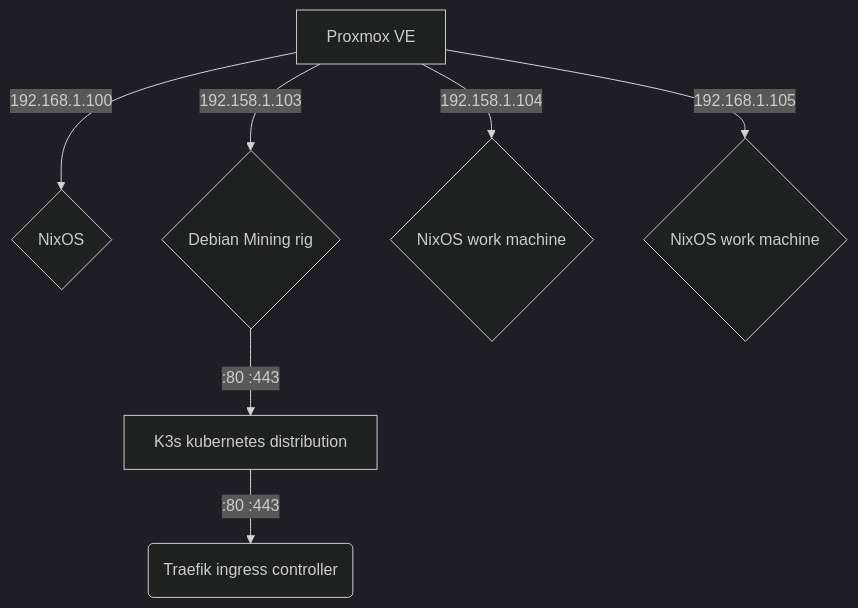
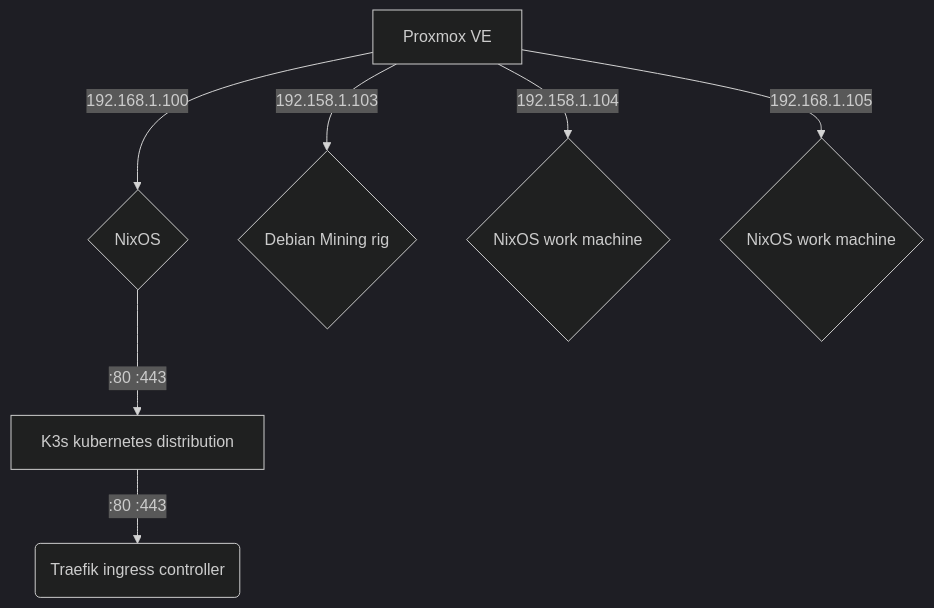
The diagram in homelab/README.md (portothree/dotfiles), drawn with Mermaid (dark theme) before and after one commit.

````diff
--- a/homelab/README.md
+++ b/homelab/README.md
@@ -3,9 +3,9 @@
 ```mermaid
 flowchart TD
 	A[Proxmox VE] -->|192.168.1.100| 100{NixOS};
 	A -->|192.158.1.103| 102{Debian Mining rig};
-	102 -->|:80 :443| K3s[K3s kubernetes distribution];
+	100 -->|:80 :443| K3s[K3s kubernetes distribution];
 	K3s -->|:80 :443| Traefik(Traefik ingress controller);
 	A -->|192.158.1.104| 103{NixOS work machine};
 	A -->|192.168.1.105| 104{NixOS work machine};
 ```
````
